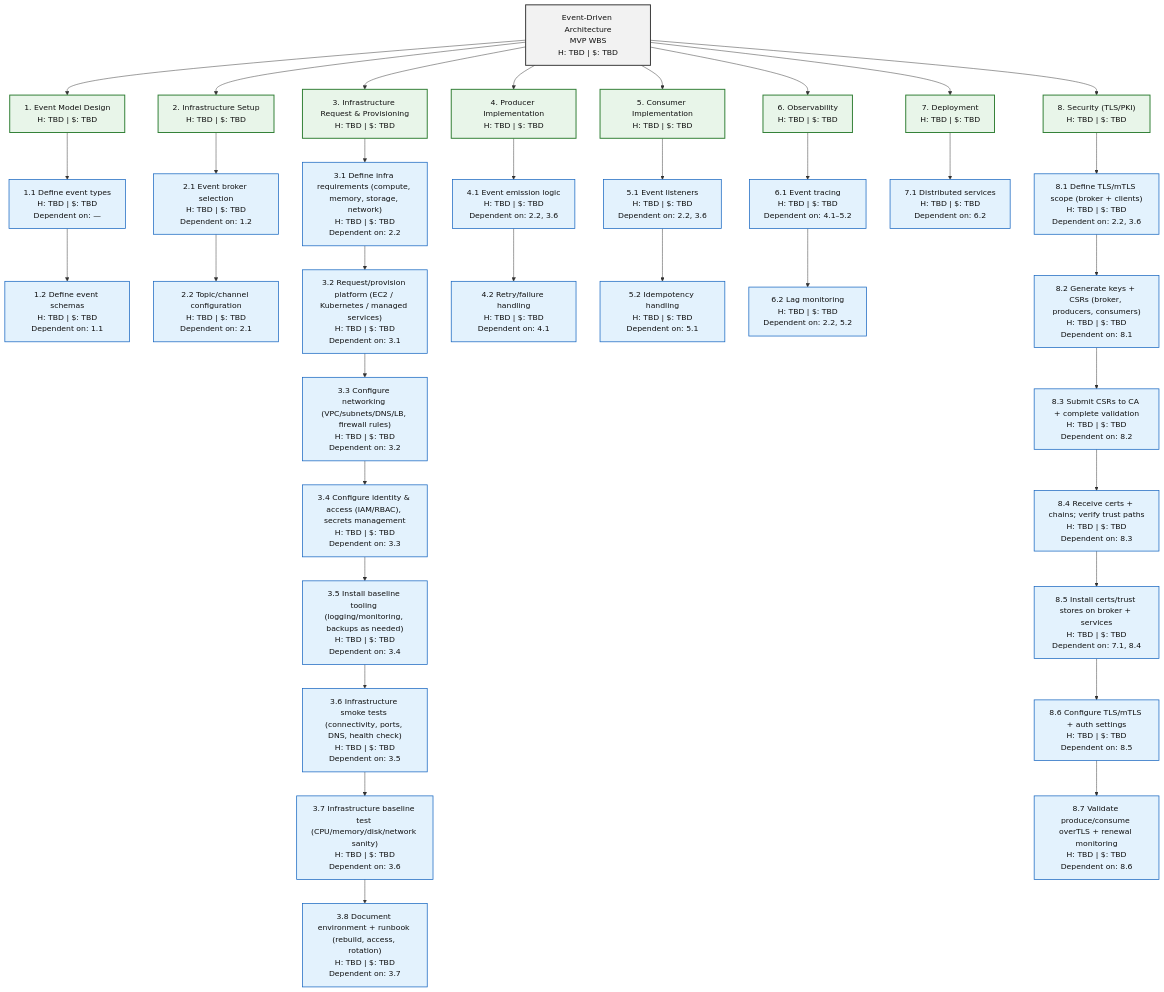
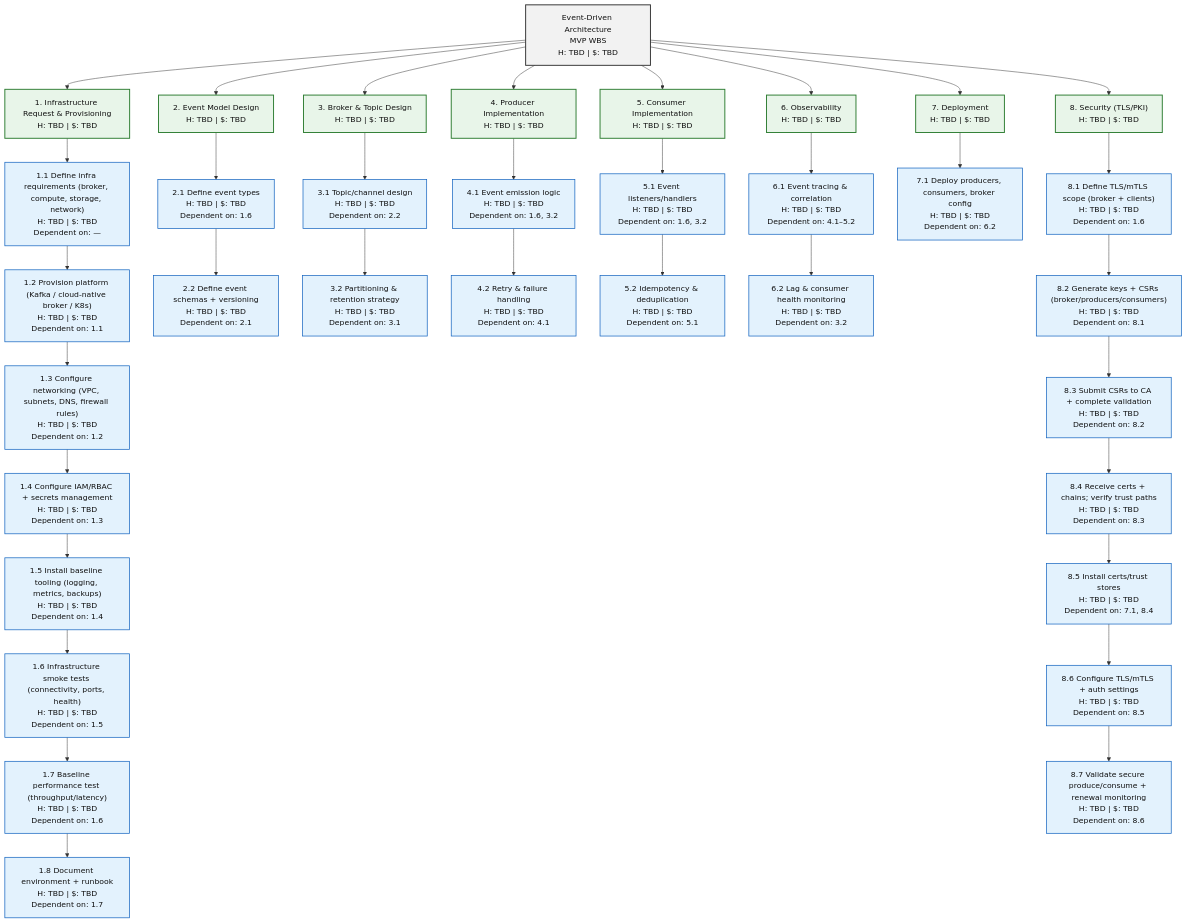
One commit to lopez-larry/arch-design-documentation changed the fifth of 8 diagrams in 30-architecture-styles/5-architecture-style-wbs-overview.md. Above: the diagram before and after it, drawn with Mermaid. The commit also changed other lines of this file, not shown here.

````diff
--- a/30-architecture-styles/5-architecture-style-wbs-overview.md
+++ b/30-architecture-styles/5-architecture-style-wbs-overview.md
@@ -235,51 +234,51 @@
 ```mermaid
 flowchart TB
   A["Event-Driven Architecture<br/>MVP WBS<br/>H: TBD | $: TBD"]:::summary
 
-  A --> B["1. Event Model Design<br/>H: TBD | $: TBD"]:::phase
-  A --> C["2. Infrastructure Setup<br/>H: TBD | $: TBD"]:::phase
-  A --> I["3. Infrastructure Request & Provisioning<br/>H: TBD | $: TBD"]:::phase
+  A --> I["1. Infrastructure Request & Provisioning<br/>H: TBD | $: TBD"]:::phase
+  A --> B["2. Event Model Design<br/>H: TBD | $: TBD"]:::phase
+  A --> C["3. Broker & Topic Design<br/>H: TBD | $: TBD"]:::phase
   A --> D["4. Producer Implementation<br/>H: TBD | $: TBD"]:::phase
   A --> E["5. Consumer Implementation<br/>H: TBD | $: TBD"]:::phase
   A --> F["6. Observability<br/>H: TBD | $: TBD"]:::phase
   A --> G["7. Deployment<br/>H: TBD | $: TBD"]:::phase
   A --> H["8. Security (TLS/PKI)<br/>H: TBD | $: TBD"]:::phase
 
-  B --> B1["1.1 Define event types<br/>H: TBD | $: TBD<br/>Dependent on: —"]:::task
-  B1 --> B2["1.2 Define event schemas<br/>H: TBD | $: TBD<br/>Dependent on: 1.1"]:::task
+  I --> I1["1.1 Define infra requirements (broker, compute, storage, network)<br/>H: TBD | $: TBD<br/>Dependent on: —"]:::task
+  I1 --> I2["1.2 Provision platform (Kafka / cloud-native broker / K8s)<br/>H: TBD | $: TBD<br/>Dependent on: 1.1"]:::task
+  I2 --> I3["1.3 Configure networking (VPC, subnets, DNS, firewall rules)<br/>H: TBD | $: TBD<br/>Dependent on: 1.2"]:::task
+  I3 --> I4["1.4 Configure IAM/RBAC + secrets management<br/>H: TBD | $: TBD<br/>Dependent on: 1.3"]:::task
+  I4 --> I5["1.5 Install baseline tooling (logging, metrics, backups)<br/>H: TBD | $: TBD<br/>Dependent on: 1.4"]:::task
+  I5 --> I6["1.6 Infrastructure smoke tests (connectivity, ports, health)<br/>H: TBD | $: TBD<br/>Dependent on: 1.5"]:::task
+  I6 --> I7["1.7 Baseline performance test (throughput/latency)<br/>H: TBD | $: TBD<br/>Dependent on: 1.6"]:::task
+  I7 --> I8["1.8 Document environment + runbook<br/>H: TBD | $: TBD<br/>Dependent on: 1.7"]:::task
 
-  C --> C1["2.1 Event broker selection<br/>H: TBD | $: TBD<br/>Dependent on: 1.2"]:::task
-  C1 --> C2["2.2 Topic/channel configuration<br/>H: TBD | $: TBD<br/>Dependent on: 2.1"]:::task
+  B --> B1["2.1 Define event types<br/>H: TBD | $: TBD<br/>Dependent on: 1.6"]:::task
+  B1 --> B2["2.2 Define event schemas + versioning<br/>H: TBD | $: TBD<br/>Dependent on: 2.1"]:::task
 
-  I --> I1["3.1 Define infra requirements (compute, memory, storage, network)<br/>H: TBD | $: TBD<br/>Dependent on: 2.2"]:::task
-  I1 --> I2["3.2 Request/provision platform (EC2 / Kubernetes / managed services)<br/>H: TBD | $: TBD<br/>Dependent on: 3.1"]:::task
-  I2 --> I3["3.3 Configure networking (VPC/subnets/DNS/LB, firewall rules)<br/>H: TBD | $: TBD<br/>Dependent on: 3.2"]:::task
-  I3 --> I4["3.4 Configure identity & access (IAM/RBAC), secrets management<br/>H: TBD | $: TBD<br/>Dependent on: 3.3"]:::task
-  I4 --> I5["3.5 Install baseline tooling (logging/monitoring, backups as needed)<br/>H: TBD | $: TBD<br/>Dependent on: 3.4"]:::task
-  I5 --> I6["3.6 Infrastructure smoke tests (connectivity, ports, DNS, health check)<br/>H: TBD | $: TBD<br/>Dependent on: 3.5"]:::task
-  I6 --> I7["3.7 Infrastructure baseline test (CPU/memory/disk/network sanity)<br/>H: TBD | $: TBD<br/>Dependent on: 3.6"]:::task
-  I7 --> I8["3.8 Document environment + runbook (rebuild, access, rotation)<br/>H: TBD | $: TBD<br/>Dependent on: 3.7"]:::task
+  C --> C1["3.1 Topic/channel design<br/>H: TBD | $: TBD<br/>Dependent on: 2.2"]:::task
+  C1 --> C2["3.2 Partitioning & retention strategy<br/>H: TBD | $: TBD<br/>Dependent on: 3.1"]:::task
 
-  D --> D1["4.1 Event emission logic<br/>H: TBD | $: TBD<br/>Dependent on: 2.2, 3.6"]:::task
-  D1 --> D2["4.2 Retry/failure handling<br/>H: TBD | $: TBD<br/>Dependent on: 4.1"]:::task
+  D --> D1["4.1 Event emission logic<br/>H: TBD | $: TBD<br/>Dependent on: 1.6, 3.2"]:::task
+  D1 --> D2["4.2 Retry & failure handling<br/>H: TBD | $: TBD<br/>Dependent on: 4.1"]:::task
 
-  E --> E1["5.1 Event listeners<br/>H: TBD | $: TBD<br/>Dependent on: 2.2, 3.6"]:::task
-  E1 --> E2["5.2 Idempotency handling<br/>H: TBD | $: TBD<br/>Dependent on: 5.1"]:::task
+  E --> E1["5.1 Event listeners/handlers<br/>H: TBD | $: TBD<br/>Dependent on: 1.6, 3.2"]:::task
+  E1 --> E2["5.2 Idempotency & deduplication<br/>H: TBD | $: TBD<br/>Dependent on: 5.1"]:::task
 
-  F --> F1["6.1 Event tracing<br/>H: TBD | $: TBD<br/>Dependent on: 4.1–5.2"]:::task
-  F1 --> F2["6.2 Lag monitoring<br/>H: TBD | $: TBD<br/>Dependent on: 2.2, 5.2"]:::task
+  F --> F1["6.1 Event tracing & correlation<br/>H: TBD | $: TBD<br/>Dependent on: 4.1–5.2"]:::task
+  F1 --> F2["6.2 Lag & consumer health monitoring<br/>H: TBD | $: TBD<br/>Dependent on: 3.2"]:::task
 
-  G --> G1["7.1 Distributed services<br/>H: TBD | $: TBD<br/>Dependent on: 6.2"]:::task
+  G --> G1["7.1 Deploy producers, consumers, broker config<br/>H: TBD | $: TBD<br/>Dependent on: 6.2"]:::task
 
-  H --> H1["8.1 Define TLS/mTLS scope (broker + clients)<br/>H: TBD | $: TBD<br/>Dependent on: 2.2, 3.6"]:::task
-  H1 --> H2["8.2 Generate keys + CSRs (broker, producers, consumers)<br/>H: TBD | $: TBD<br/>Dependent on: 8.1"]:::task
+  H --> H1["8.1 Define TLS/mTLS scope (broker + clients)<br/>H: TBD | $: TBD<br/>Dependent on: 1.6"]:::task
+  H1 --> H2["8.2 Generate keys + CSRs (broker/producers/consumers)<br/>H: TBD | $: TBD<br/>Dependent on: 8.1"]:::task
   H2 --> H3["8.3 Submit CSRs to CA + complete validation<br/>H: TBD | $: TBD<br/>Dependent on: 8.2"]:::task
   H3 --> H4["8.4 Receive certs + chains; verify trust paths<br/>H: TBD | $: TBD<br/>Dependent on: 8.3"]:::task
-  H4 --> H5["8.5 Install certs/trust stores on broker + services<br/>H: TBD | $: TBD<br/>Dependent on: 7.1, 8.4"]:::task
+  H4 --> H5["8.5 Install certs/trust stores<br/>H: TBD | $: TBD<br/>Dependent on: 7.1, 8.4"]:::task
   H5 --> H6["8.6 Configure TLS/mTLS + auth settings<br/>H: TBD | $: TBD<br/>Dependent on: 8.5"]:::task
-  H6 --> H7["8.7 Validate produce/consume overTLS + renewal monitoring<br/>H: TBD | $: TBD<br/>Dependent on: 8.6"]:::task
+  H6 --> H7["8.7 Validate secure produce/consume + renewal monitoring<br/>H: TBD | $: TBD<br/>Dependent on: 8.6"]:::task
 
   classDef summary fill:#f2f2f2,stroke:#333,stroke-width:2px,color:#111;
   classDef phase fill:#e8f5e9,stroke:#2e7d32,stroke-width:2px,color:#111;
   classDef task fill:#e3f2fd,stroke:#1565c0,stroke-width:1.5px,color:#111;
 ```
````
